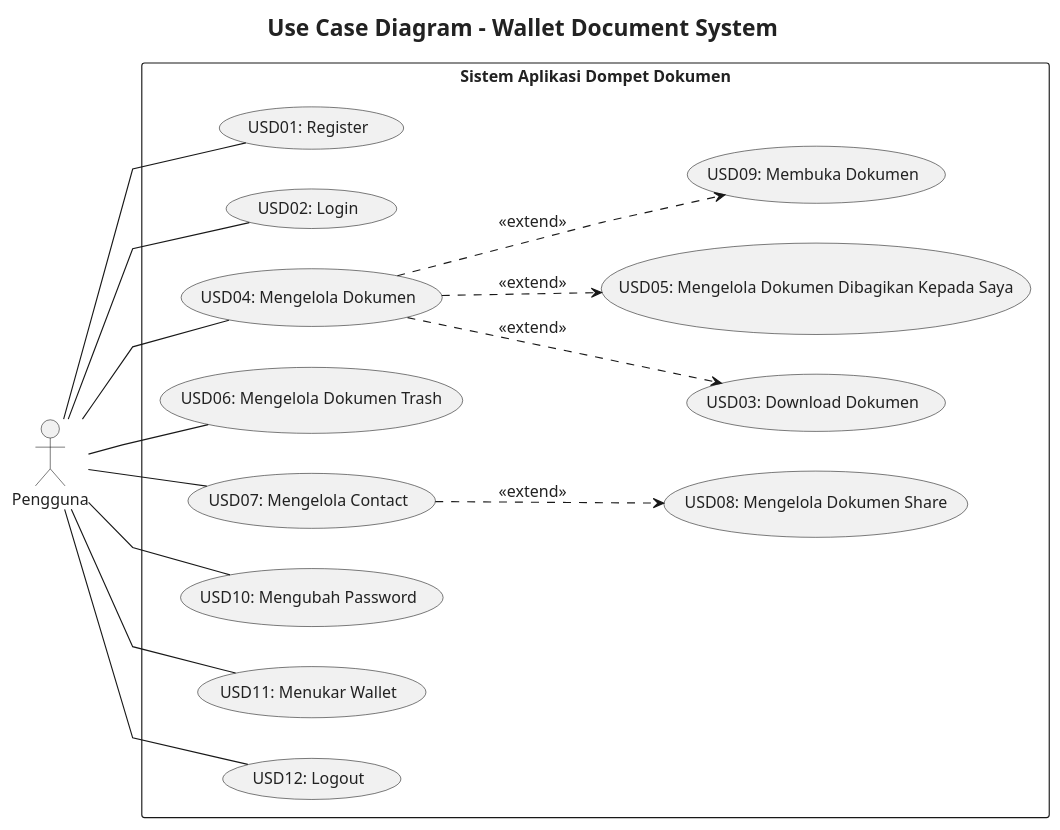
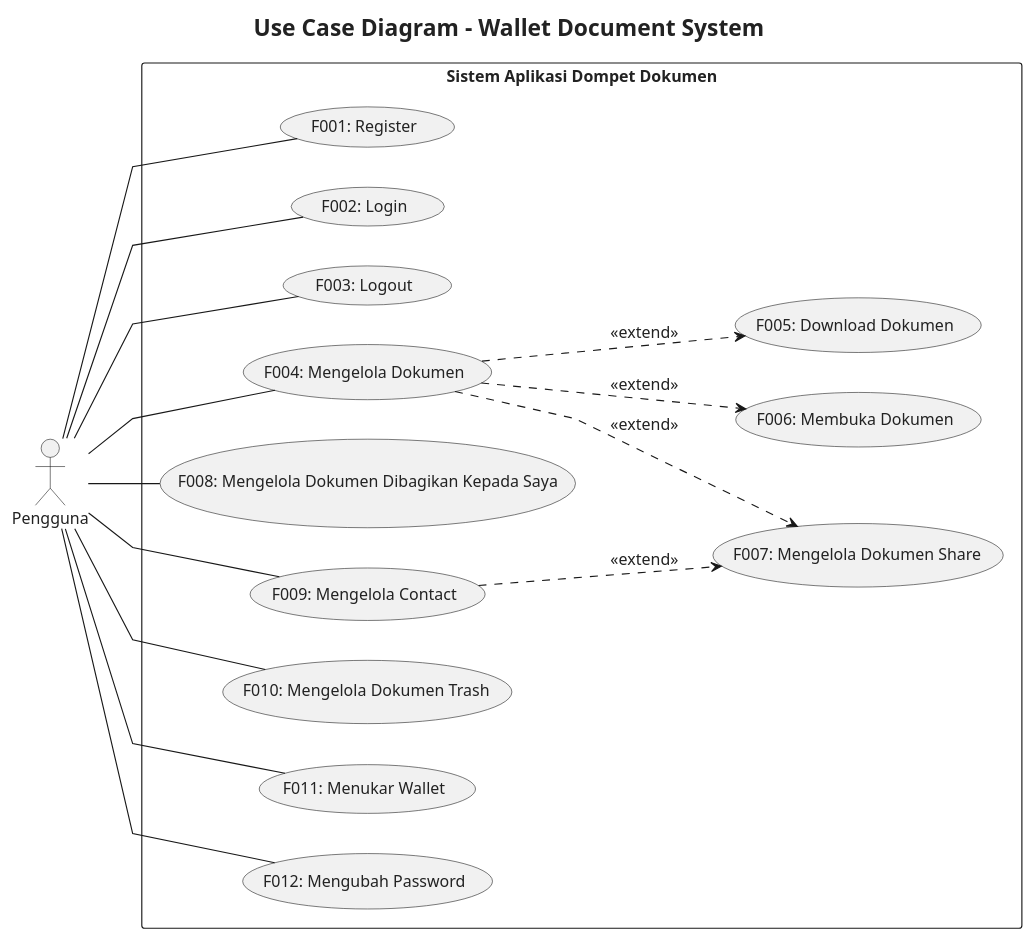
Before and after one commit to syafiq-ubay/walldoc-plantUML: the diagram in usecase-diagram/docrypt_usecase diagram.puml, drawn with PlantUML. The commit also changed 12 other files, not shown here.

Commit message:
fix code sequence diagram

```diff
--- a/usecase-diagram/docrypt_usecase diagram.puml
+++ b/usecase-diagram/docrypt_usecase diagram.puml
@@ -1,49 +1,46 @@
-@startuml
+@startumluy
 skinparam defaultFontName "JetBrains Mono"
 skinparam defaultFontSize 14
 skinparam defaultFontColor #222222
 skinparam titleFontSize 20
 skinparam Linetype polyline
 left to right direction
 title Use Case Diagram - Wallet Document System
 
 actor Pengguna as p
 
 rectangle "Sistem Aplikasi Dompet Dokumen" {
-  (USD01: Register) as USD01
-  (USD02: Login) as USD02
-  (USD03: Download Dokumen) as USD03
-  (USD04: Mengelola Dokumen) as USD04
-  (USD05: Mengelola Dokumen Dibagikan Kepada Saya) as USD05
-  (USD06: Mengelola Dokumen Trash) as USD06
-  (USD07: Mengelola Contact) as USD07
-  (USD08: Mengelola Dokumen Share) as USD08
-  (USD09: Membuka Dokumen) as USD09
-  (USD10: Mengubah Password) as USD10
-  (USD11: Menukar Wallet) as USD11
-  (USD12: Logout) as USD12
+  (F001: Register) as F001
+  (F002: Login) as F002
+  (F003: Logout) as F003
+  (F004: Mengelola Dokumen) as F004
+  (F005: Download Dokumen) as F005
+  (F006: Membuka Dokumen) as F006
+  (F007: Mengelola Dokumen Share) as F007
+  (F008: Mengelola Dokumen Dibagikan Kepada Saya) as F008
+  (F009: Mengelola Contact) as F009
+  (F010: Mengelola Dokumen Trash) as F010
+  (F011: Menukar Wallet) as F011
+  (F012: Mengubah Password) as F012
 
 }
 
 ' ==================== RELATIONSHIP ====================
-p -- USD01
-p -- USD02
-' p -- USD03
-' USD03 ..> USD06 : <<extend>>
-' USD03 ..> USD07 : <<extend>>
-' USD03 ..> USD05 : <<extend>>
-p -- USD04
-USD04 ..> USD03 : <<extend>>
-USD04 ..> USD05 : <<extend>>
-USD04 ..> USD09 : <<extend>>
-' p -- USD05
-p -- USD06
-p -- USD07
-' p -- USD08
-USD07 ..> USD08 : <<extend>>
-' p -- USD09
-p -- USD10
-p -- USD11
-p -- USD12
+p -- F001
+p -- F002
+' ' USD03 ..> USD06 : <<extend>>
+' ' USD03 ..> USD07 : <<extend>>
+p -- F004
+F004 ..> F006 : <<extend>>
+F004 ..> F005 : <<extend>>
+F004 ..> F007 : <<extend>>
+F009 ..> F007 : <<extend>>
+' p -- F007
+p -- F009
+p -- F008
+p -- F010
+p -- F011
+p -- F012
+p -- F003
 
 @enduml
```
